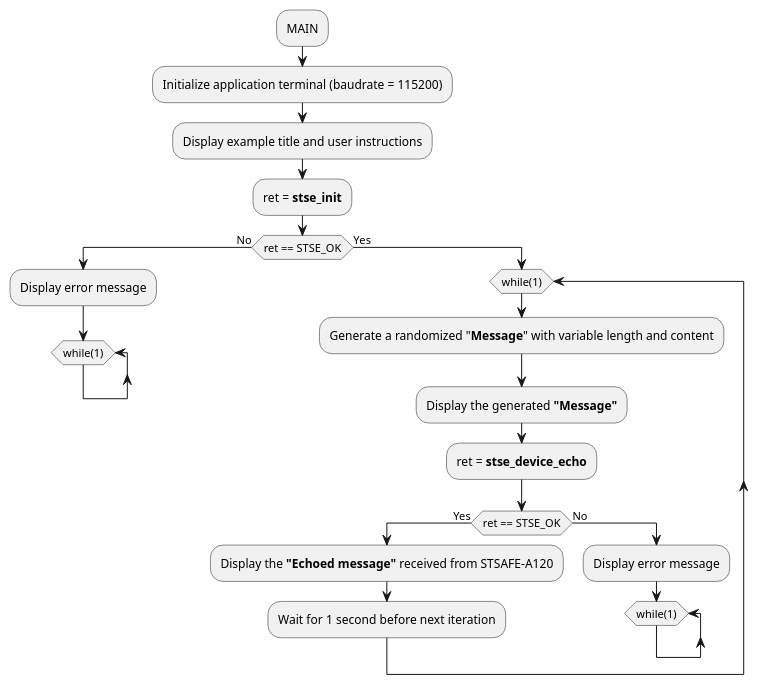
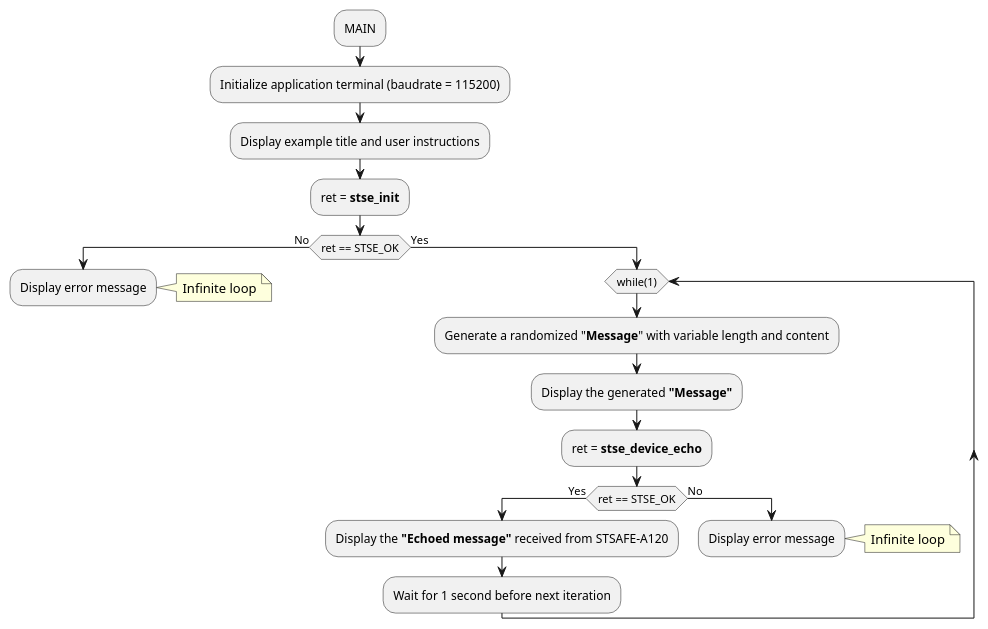
Before and after one commit to Grom-perso/STSAFE-A120_examples_dev: the diagram in Documentation/resources/Markdown/03_Project_examples_description/Echo_loop/STSAFE-A120_echo_loop.md, drawn with PlantUML. The commit also changed other lines of this file and 23 other files, not shown here.

```diff
--- a/Documentation/resources/Markdown/03_Project_examples_description/Echo_loop/STSAFE-A120_echo_loop.md
+++ b/Documentation/resources/Markdown/03_Project_examples_description/Echo_loop/STSAFE-A120_echo_loop.md
@@ -11,31 +13,29 @@
 @startuml{Echo_loop_Example_flowchart.png} "Echo Loop Example flowchart" width=5cm
-  :MAIN;
-  :Initialize application terminal (baudrate = 115200);
-  :Display example title and user instructions;
-  :ret = <b>stse_init</b>;
-  if(ret == STSE_OK) then (No)
-  :Display error message;
+:MAIN;
+:Initialize application terminal (baudrate = 115200);
+:Display example title and user instructions;
+:ret = <b>stse_init</b>;
+if(ret == STSE_OK) then (No)
+	:Display error message;
+	note right: Infinite loop
+	-[hidden]->
+	detach
+else (Yes)
 	while (while(1))
+		:Generate a randomized "<b>Message</b>" with variable length and content;
+		:Display the generated <b>"Message"</b>;
+		:ret = <b>stse_device_echo</b>;
+		if(ret == STSE_OK) then (Yes)
+			:Display the <b>"Echoed message"</b> received from STSAFE-A120;
+			:Wait for 1 second before next iteration;
+		else (No)
+			:Display error message;
+			note right: Infinite loop
+			-[hidden]->
+			detach
+		endif
 	end while
-    -[hidden]->
-  detach
-  else (Yes)
-  while (while(1))
-    :Generate a randomized "<b>Message</b>" with variable length and content;
-    :Display the generated <b>"Message"</b>;
-    :ret = <b>stse_device_echo</b>;
-    if(ret == STSE_OK) then (Yes)
-    :Display the <b>"Echoed message"</b> received from STSAFE-A120;
-    :Wait for 1 second before next iteration;
-    else (No)
-    :Display error message;
-	while (while(1))
-	end while
-    -[hidden]->
-    detach
-    endif
-  end while
-  -[hidden]->
-    detach
-  endif
+-[hidden]->
+detach
+endif
 @enduml
```
